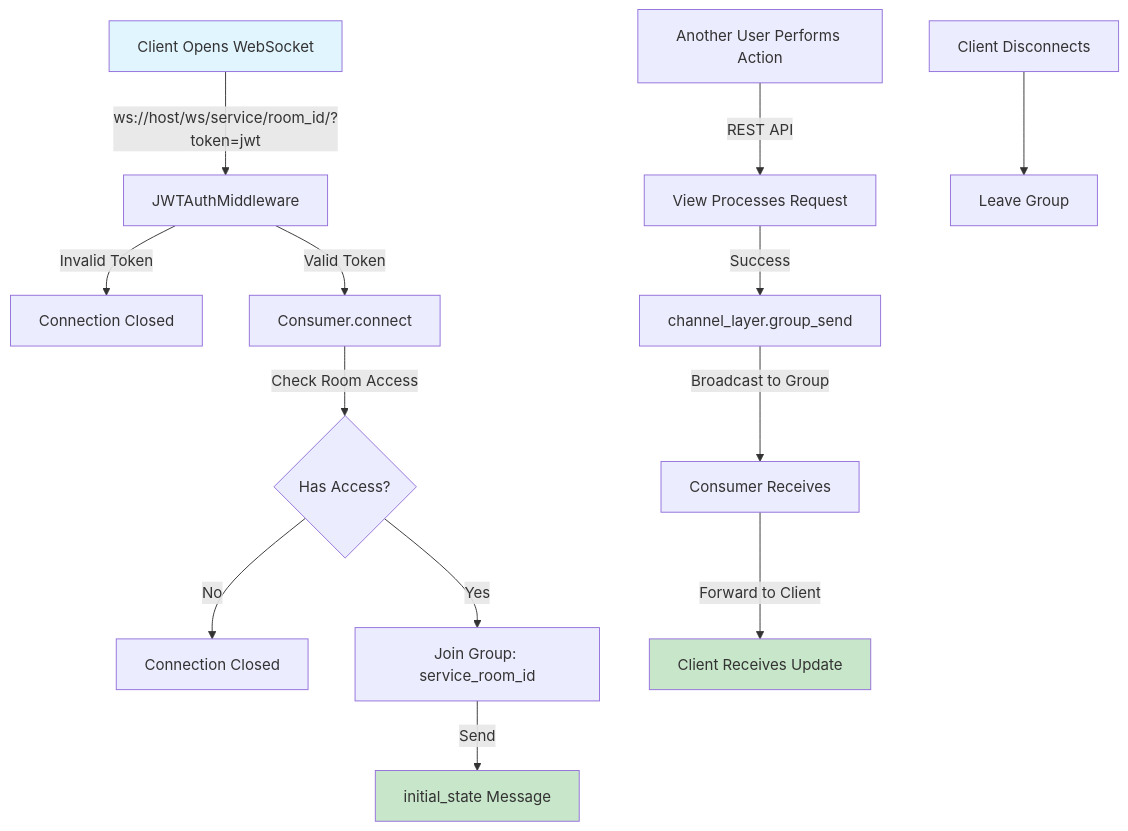
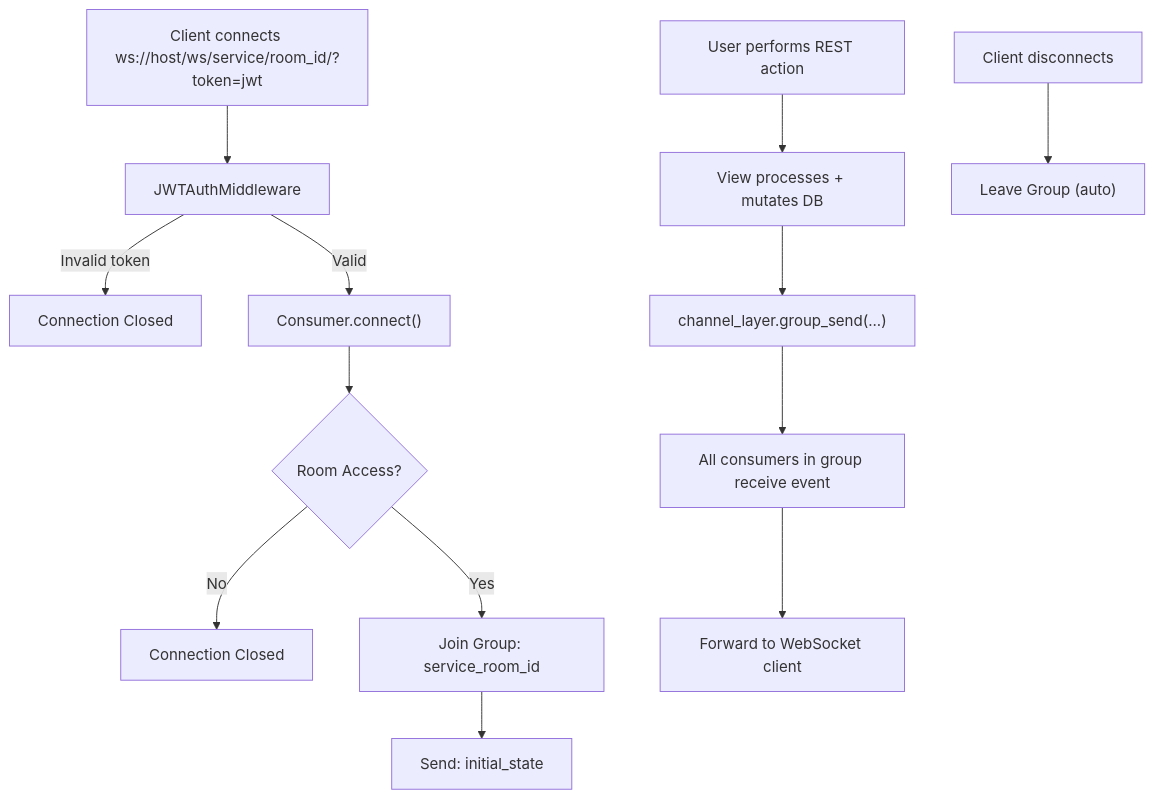
Diagram 11 of 13 in API_SCHEMAS.md (RadiantVixen/music-room), drawn with Mermaid before and after one commit. The commit also changed other lines of this file and 65 other files, not shown here.

````diff
--- a/API_SCHEMAS.md
+++ b/API_SCHEMAS.md
@@ -1623,21 +1072,17 @@
 ```mermaid
 graph TD
-    A["Client Opens WebSocket"] -->|ws://host/ws/service/room_id/?token=jwt| B["JWTAuthMiddleware"]
-    B -->|Invalid Token| C["Connection Closed"]
-    B -->|Valid Token| D["Consumer.connect"]
-    D -->|Check Room Access| E{Has Access?}
+    A["Client connects ws://host/ws/service/room_id/?token=jwt"] --> B["JWTAuthMiddleware"]
+    B -->|Invalid token| C["Connection Closed"]
+    B -->|Valid| D["Consumer.connect()"]
+    D --> E{"Room Access?"}
     E -->|No| F["Connection Closed"]
     E -->|Yes| G["Join Group: service_room_id"]
-    G -->|Send| H["initial_state Message"]
-    
-    I["Another User Performs Action"] -->|REST API| J["View Processes Request"]
-    J -->|Success| K["channel_layer.group_send"]
-    K -->|Broadcast to Group| L["Consumer Receives"]
-    L -->|Forward to Client| M["Client Receives Update"]
-    
-    N["Client Disconnects"] --> O["Leave Group"]
-    
-    style A fill:#e1f5ff
-    style H fill:#c8e6c9
-    style M fill:#c8e6c9
+    G --> H["Send: initial_state"]
+
+    I["User performs REST action"] --> J["View processes + mutates DB"]
+    J --> K["channel_layer.group_send(...)"]
+    K --> L["All consumers in group receive event"]
+    L --> M["Forward to WebSocket client"]
+
+    N["Client disconnects"] --> O["Leave Group (auto)"]
 ```
````
